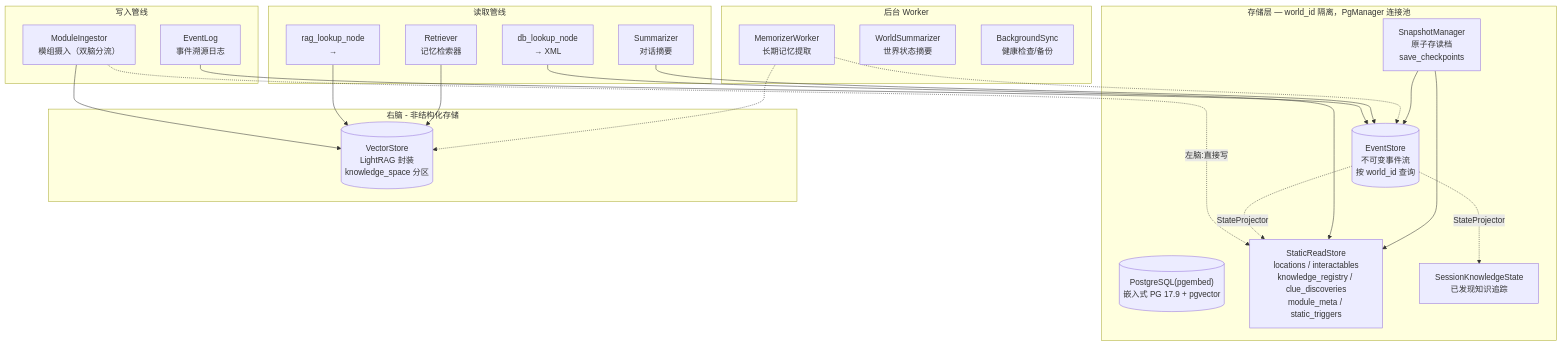
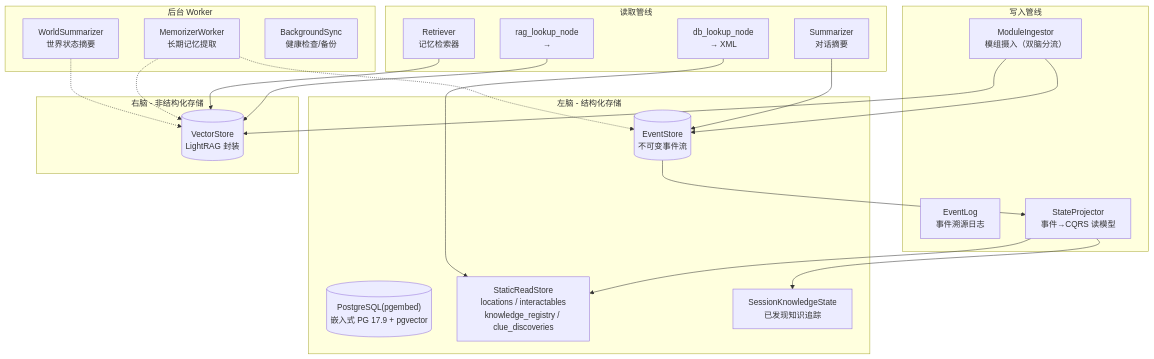
The second of 2 diagrams in README.md (pineoncellar/glyphkeeper), drawn with Mermaid before and after one commit. The commit also changed other lines of this file and 42 other files, not shown here.

````diff
--- a/README.md
+++ b/README.md
@@ -262,46 +262,45 @@
 ```mermaid
 graph TB
     subgraph "写入管线"
         Ingestion["ModuleIngestor<br/>模组摄入（双脑分流）"]
         EventLog["EventLog<br/>事件溯源日志"]
+        Projector["StateProjector<br/>事件→CQRS 读模型"]
     end
 
-    subgraph "存储层 — world_id 隔离，PgManager 连接池"
-        ES[("EventStore<br/>不可变事件流<br/>按 world_id 查询")]
+    subgraph "左脑 - 结构化存储"
+        ES[("EventStore<br/>不可变事件流")]
         PG[("PostgreSQL(pgembed)<br/>嵌入式 PG 17.9 + pgvector")]
-        CQRS["StaticReadStore<br/>locations / interactables<br/>knowledge_registry / clue_discoveries<br/>module_meta / static_triggers"]
+        CQRS["StaticReadStore<br/>locations / interactables<br/>knowledge_registry / clue_discoveries"]
         SKS["SessionKnowledgeState<br/>已发现知识追踪"]
-        Snap["SnapshotManager<br/>原子存读档<br/>save_checkpoints"]
     end
 
     subgraph "右脑 - 非结构化存储"
-        VS[("VectorStore<br/>LightRAG 封装<br/>knowledge_space 分区")]
+        VS[("VectorStore<br/>LightRAG 封装")]
     end
 
     subgraph "读取管线"
         Retriever["Retriever<br/>记忆检索器"]
         Summarizer["Summarizer<br/>对话摘要"]
         DBLookup["db_lookup_node<br/>→ <physical_reality> XML"]
         RAGLookup["rag_lookup_node<br/>→ <semantic_knowledge>"]
     end
 
     subgraph "后台 Worker"
         MW["MemorizerWorker<br/>长期记忆提取"]
         WS["WorldSummarizer<br/>世界状态摘要"]
         BS["BackgroundSync<br/>健康检查/备份"]
     end
 
-    Ingestion -.->|左脑:直接写| CQRS
+    Ingestion --> ES
     Ingestion --> VS
-    EventLog --> ES
-    ES -.->|StateProjector| CQRS
-    ES -.->|StateProjector| SKS
+    ES --> Projector
+    Projector --> CQRS
+    Projector --> SKS
     DBLookup --> CQRS
     RAGLookup --> VS
     Retriever --> VS
     Summarizer --> ES
     MW -.-> ES
     MW -.-> VS
-    Snap --> ES
-    Snap --> CQRS
+    WS -.-> VS
 ```
````
